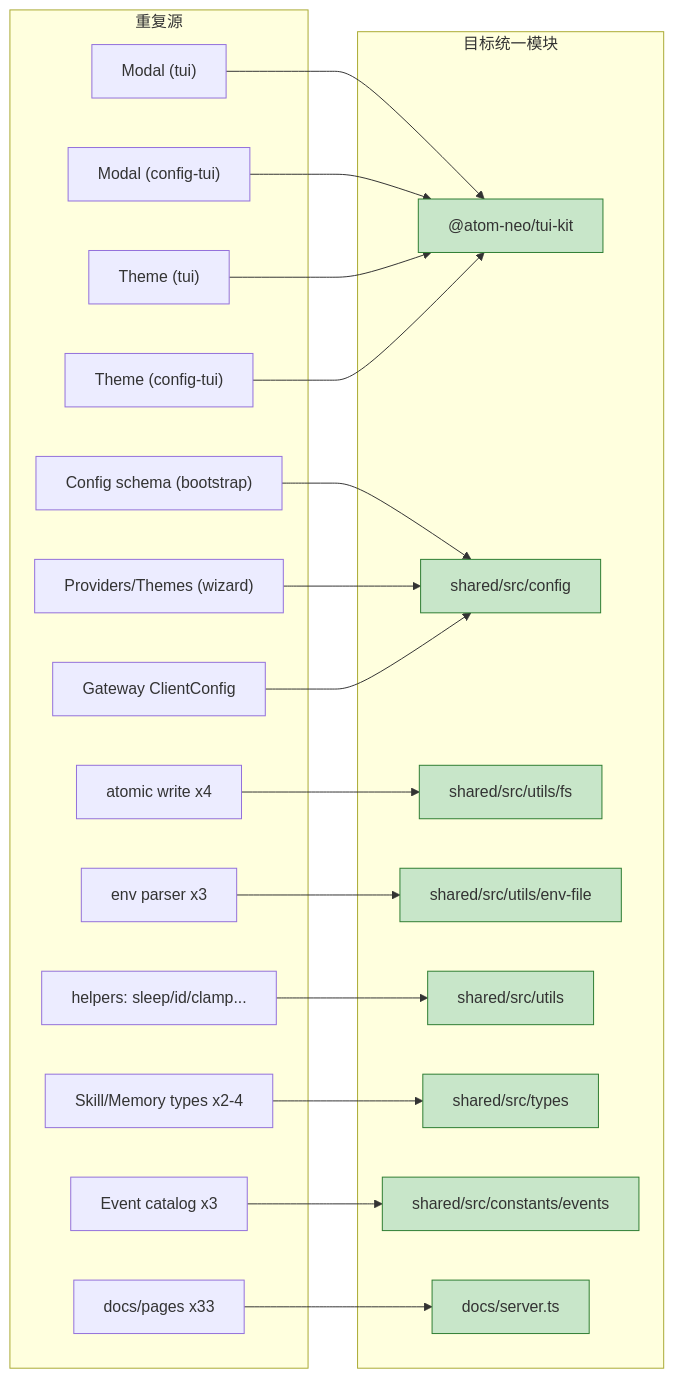
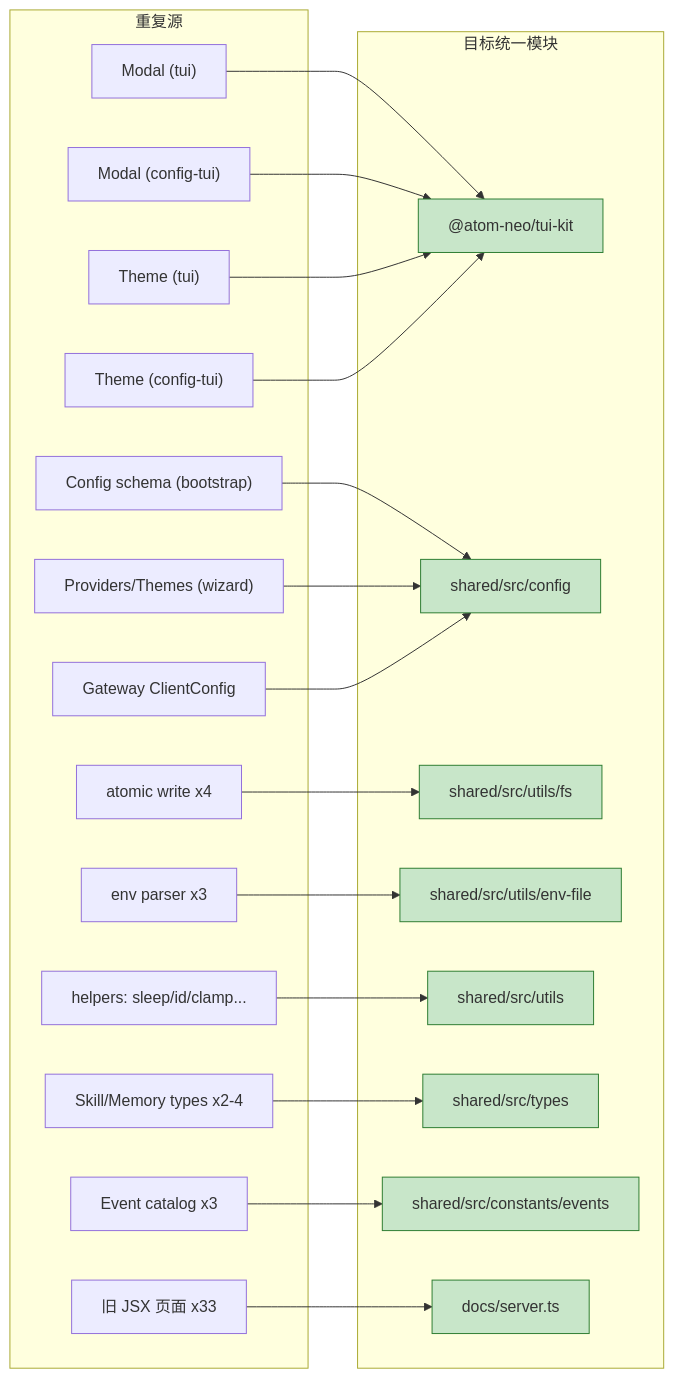
The fourth of 11 diagrams in docs/code-review-2026-11-10/code-review-graph-2026-11-10.md (aokihu/atom_neo), drawn with Mermaid before and after one commit. The commit also changed other lines of this file and 71 other files, not shown here.

````diff
--- a/docs/code-review-2026-11-10/code-review-graph-2026-11-10.md
+++ b/docs/code-review-2026-11-10/code-review-graph-2026-11-10.md
@@ -183,52 +183,52 @@
 ```mermaid
 graph LR
     subgraph Dup["重复源"]
         D1["Modal (tui)"]
         D2["Modal (config-tui)"]
         D3["Theme (tui)"]
         D4["Theme (config-tui)"]
         D5["Config schema (bootstrap)"]
         D6["Providers/Themes (wizard)"]
         D7["Gateway ClientConfig"]
         D8["env parser x3"]
         D9["atomic write x4"]
         D10["helpers: sleep/id/clamp..."]
         D11["Skill/Memory types x2-4"]
         D12["Event catalog x3"]
-        D13["docs/pages x33"]
+        D13["旧 JSX 页面 x33"]
     end
 
     subgraph Unified["目标统一模块"]
         KIT["@atom-neo/tui-kit"]
         CONFIG["shared/src/config"]
         FS["shared/src/utils/fs"]
         ENV["shared/src/utils/env-file"]
         UTILS["shared/src/utils"]
         TYPES["shared/src/types"]
         EVENTS["shared/src/constants/events"]
         DOCS["docs/server.ts"]
     end
 
     D1 --> KIT
     D2 --> KIT
     D3 --> KIT
     D4 --> KIT
     D5 --> CONFIG
     D6 --> CONFIG
     D7 --> CONFIG
     D8 --> ENV
     D9 --> FS
     D10 --> UTILS
     D11 --> TYPES
     D12 --> EVENTS
     D13 --> DOCS
 
     style KIT fill:#c8e6c9,stroke:#2e7d32
     style CONFIG fill:#c8e6c9,stroke:#2e7d32
     style FS fill:#c8e6c9,stroke:#2e7d32
     style ENV fill:#c8e6c9,stroke:#2e7d32
     style UTILS fill:#c8e6c9,stroke:#2e7d32
     style TYPES fill:#c8e6c9,stroke:#2e7d32
     style EVENTS fill:#c8e6c9,stroke:#2e7d32
     style DOCS fill:#c8e6c9,stroke:#2e7d32
 ```
````
